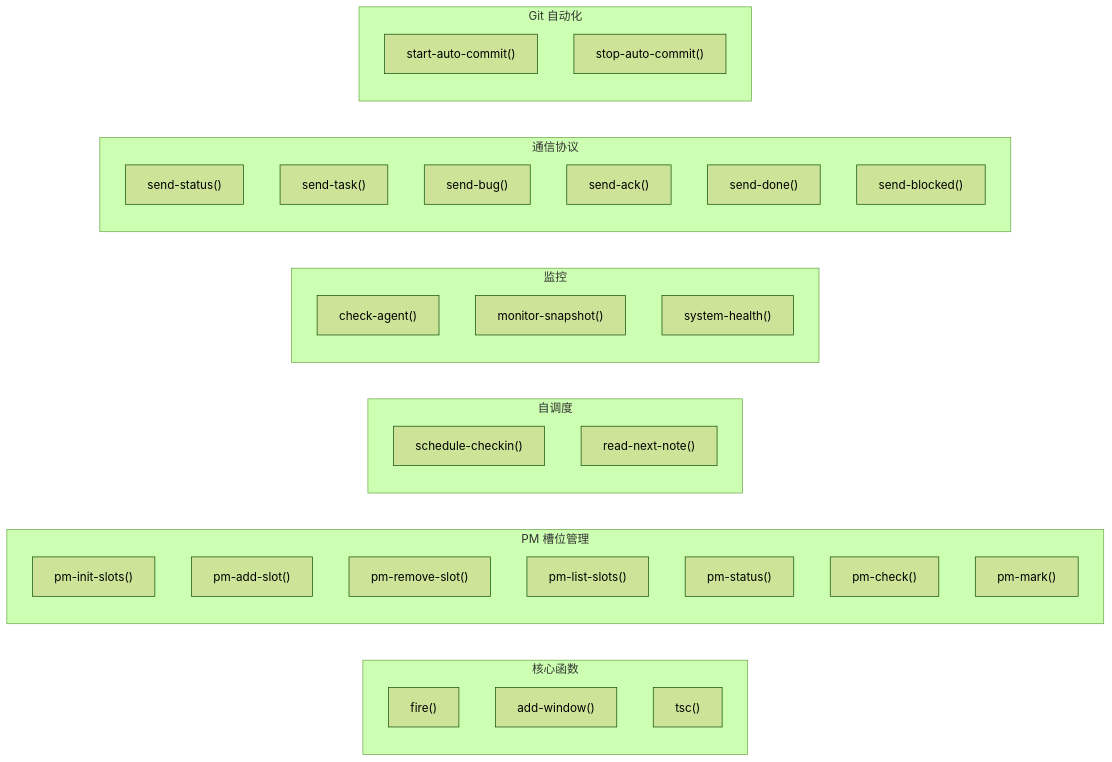
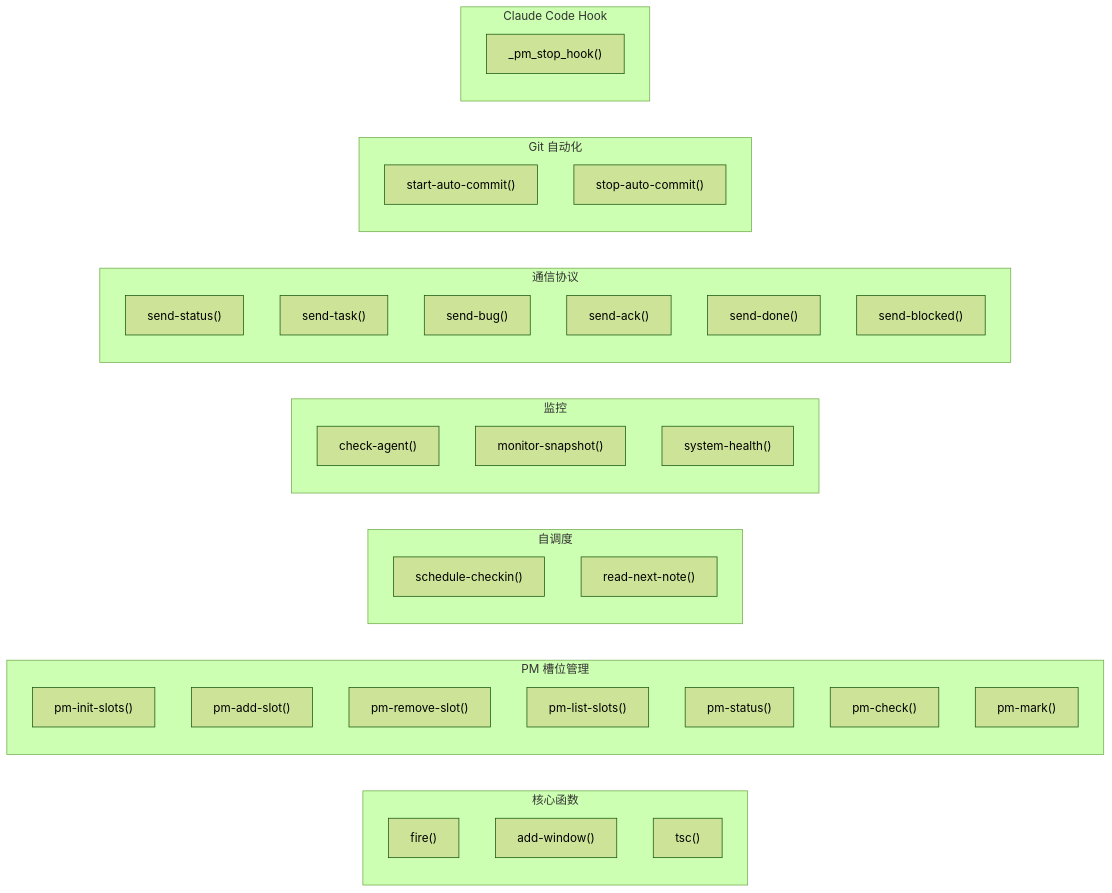
One commit to coolwoo/Tmux-AI-Team changed the fifth of 5 diagrams in CLAUDE.md. Above: the diagram before and after it, drawn with Mermaid (forest theme). The commit also changed other lines of this file and 6 other files, not shown here.

First line of the commit message:
feat(hooks): Phase 1.5 - 迁移 Stop Hook 到 Bash 函数

````diff
--- a/CLAUDE.md
+++ b/CLAUDE.md
@@ -219,43 +243,47 @@
 ```mermaid
 graph LR
     subgraph Core["核心函数"]
         fire["fire()"]
         addwin["add-window()"]
         tsc["tsc()"]
     end
 
     subgraph PMSlots["PM 槽位管理"]
         init["pm-init-slots()"]
         add["pm-add-slot()"]
         remove["pm-remove-slot()"]
         list["pm-list-slots()"]
         pmstatus["pm-status()"]
         pmcheck["pm-check()"]
         pmmark["pm-mark()"]
     end
 
     subgraph Schedule["自调度"]
         sched["schedule-checkin()"]
         note["read-next-note()"]
     end
 
     subgraph Monitor["监控"]
         check["check-agent()"]
         snap["monitor-snapshot()"]
         health["system-health()"]
     end
 
     subgraph Comm["通信协议"]
         status["send-status()"]
         task["send-task()"]
         bug["send-bug()"]
         ack["send-ack()"]
         done["send-done()"]
         blocked["send-blocked()"]
     end
 
     subgraph Git["Git 自动化"]
         start["start-auto-commit()"]
         stop["stop-auto-commit()"]
     end
+
+    subgraph Hooks["Claude Code Hook"]
+        stophook["_pm_stop_hook()"]
+    end
 ```
````
